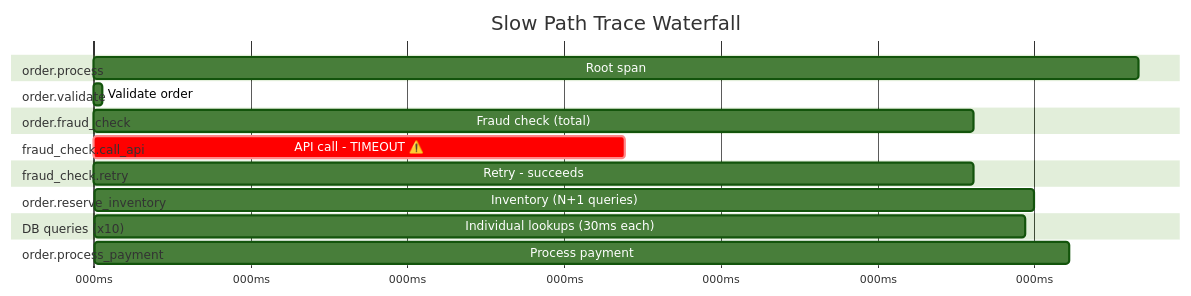
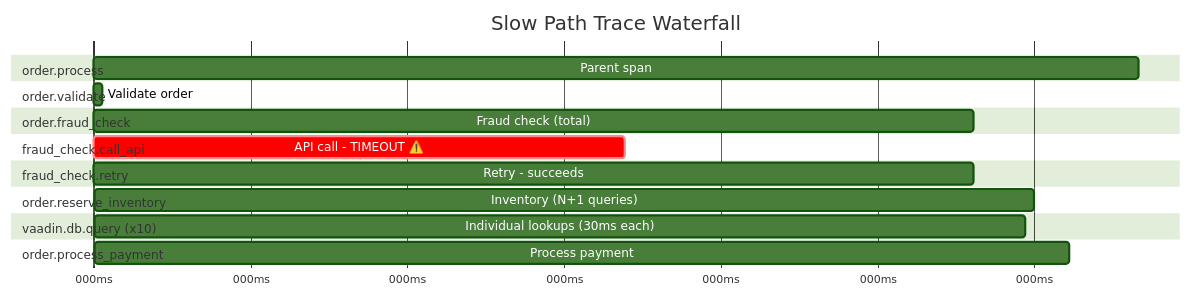
One commit to petrixh/vaadinobskitdemo changed the third of 4 diagrams in docs/order-processing-flow.md. Above: the diagram before and after it, drawn with Mermaid (forest theme). The commit also changed other lines of this file and 28 other files, not shown here.

````diff
--- a/docs/order-processing-flow.md
+++ b/docs/order-processing-flow.md
@@ -77,30 +86,30 @@
 ```mermaid
 gantt
     title Slow Path Trace Waterfall
     dateFormat X
     axisFormat %Lms
 
     section order.process
-    Root span                             :0, 6000
+    Parent span                           :0, 6000
 
     section   order.validate
     Validate order                        :0, 50
 
     section   order.fraud_check
     Fraud check (total)                   :50, 5050
 
     section     fraud_check.call_api
     API call - TIMEOUT ⚠️                 :crit, 50, 3050
 
     section     fraud_check.retry
     Retry - succeeds                      :3050, 5050
 
     section   order.reserve_inventory
     Inventory (N+1 queries)               :5050, 5400
 
-    section     DB queries (x10)
+    section     vaadin.db.query (x10)
     Individual lookups (30ms each)        :5050, 5350
 
     section   order.process_payment
     Process payment                       :5400, 5600
 ```
````
